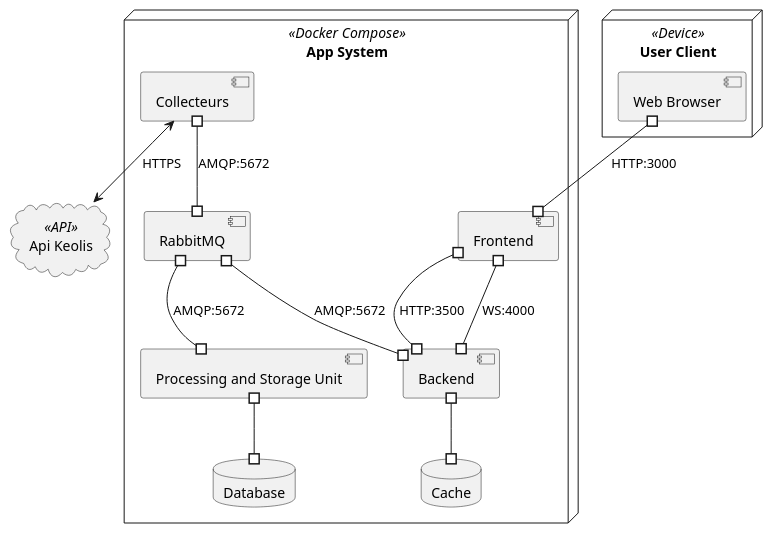
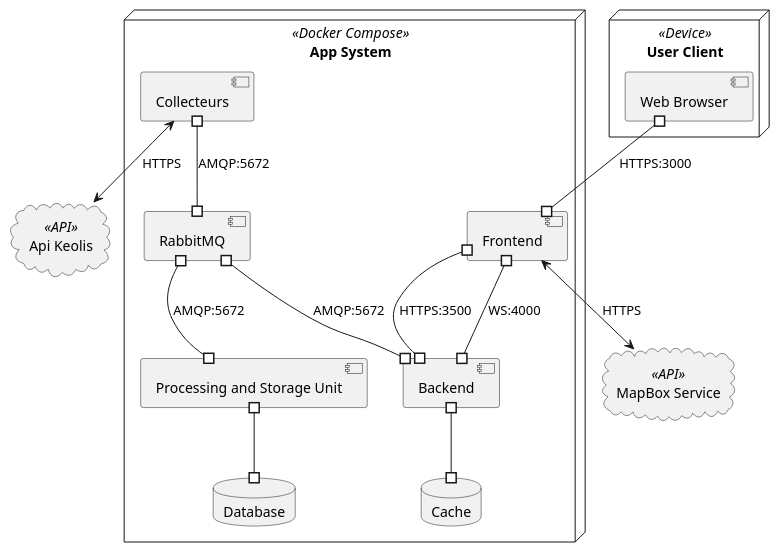
Before and after one commit to ESIR2-PROJET-KEOLIS/design: the diagram in diagrams/global/deployment.puml, drawn with PlantUML.

Commit message:
fix deployment diagram.

```diff
--- a/diagrams/global/deployment.puml
+++ b/diagrams/global/deployment.puml
@@ -1,41 +1,45 @@
 @startuml
 'https://plantuml.com/deployment-diagram
 
 node "User Client" <<Device>> as UserClient {
  component "Web Browser" as Browser {
  }
 }
 
     node "App System" <<Docker Compose>> as Docker {
                  component Backend as NestJS {
                  }
                  database Cache {
                  }
 
                   component RabbitMQ {
                   }
                   component "Processing and Storage Unit" as proc{
 
                   }
                   database Database {
                   }
                 component Collecteurs {
                 }
                 component Frontend {
                 }
     }
 
 cloud "Api Keolis" <<API>> as keo{
+}
+
+cloud "MapBox Service" <<API>> as map{
 
 }
 
-Browser #--# Frontend : HTTP:3000
-Frontend #--# NestJS : HTTP:3500
+Browser #--# Frontend : HTTPS:3000
+Frontend #--# NestJS : HTTPS:3500
 Frontend #--# NestJS : WS:4000
 RabbitMQ #--# NestJS : AMQP:5672
 RabbitMQ #--# proc : AMQP:5672
 Collecteurs #--# RabbitMQ : AMQP:5672
 proc #--# Database
 NestJS #--# Cache
 Collecteurs <--> keo : HTTPS
+Frontend <--> map : HTTPS
 @enduml
```
